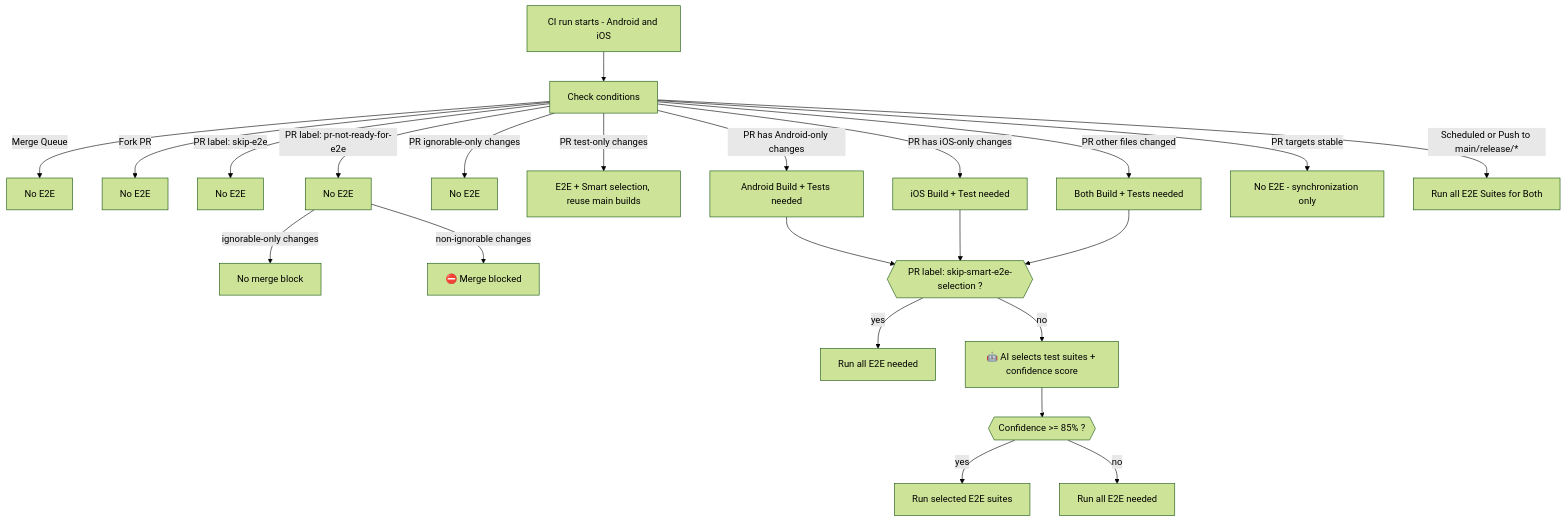
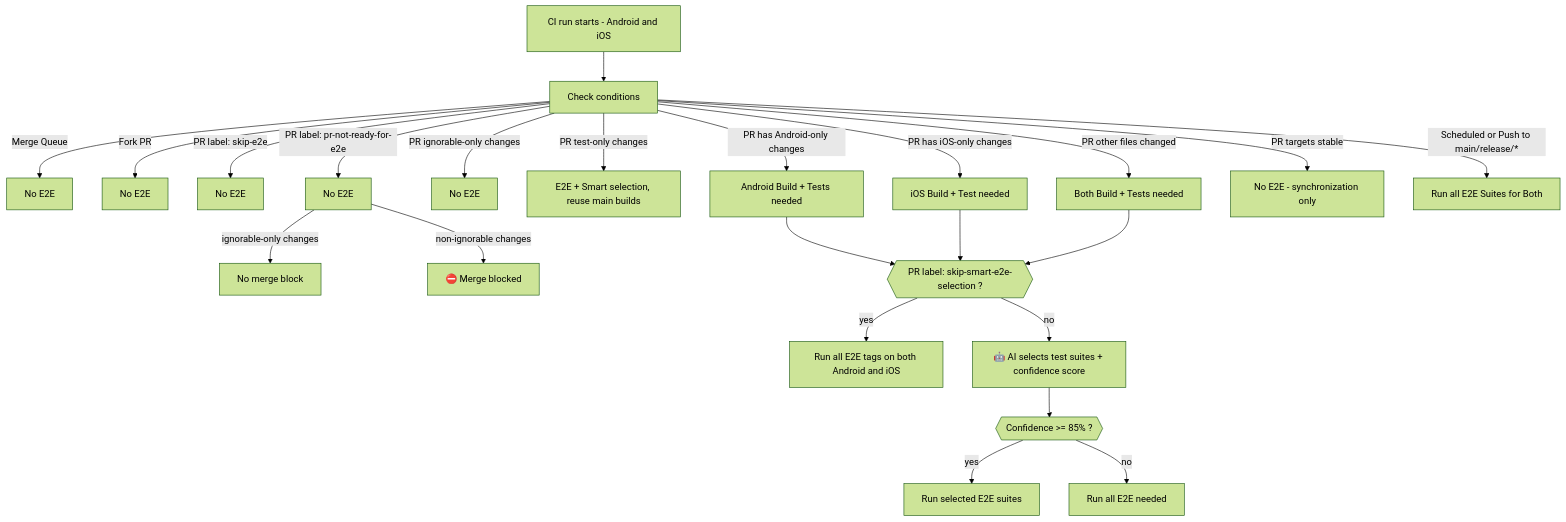
One commit to MetaMask/metamask-mobile changed the diagram in .github/guidelines/E2E_DECISION_TREE.md. Above: the diagram before and after it, drawn with Mermaid (forest theme). The commit also changed other lines of this file and 5 other files, not shown here.

First line of the commit message:
ci: run Android and iOS E2E when skip-smart-e2e-selection label is applied

````diff
--- a/.github/guidelines/E2E_DECISION_TREE.md
+++ b/.github/guidelines/E2E_DECISION_TREE.md
@@ -5,24 +5,24 @@
 ```mermaid
 flowchart TD
     CI[CI run starts - Android and iOS] --> GR[Check conditions]
     GR -->|Merge Queue | MQ[No E2E]
     GR -->|Fork PR| FK[No E2E]
     GR -->|PR label: skip-e2e| HS[No E2E]
     GR -->|PR label: pr-not-ready-for-e2e| L2[No E2E]
     L2 -->|ignorable-only changes| NoBlock[No merge block]
     L2 -->|non-ignorable changes| Skip2[⛔️ Merge blocked]
     GR -->|PR ignorable-only changes| Ignorable[No E2E]
     GR -->|PR test-only changes| TestOnly[E2E + Smart selection, reuse main builds]
     GR -->|PR has Android-only changes| Android[Android Build + Tests needed]
     GR -->|PR has iOS-only changes| iOS[iOS Build + Test needed]
     GR -->|PR other files changed| Both[Both Build + Tests needed]
     GR -->|PR targets stable| StableSync[No E2E - synchronization only]
     GR -->|Scheduled or Push to main/release/*| Full[Run all E2E Suites for Both]
 
     Android & iOS & Both --> LABEL{{PR label: skip-smart-e2e-selection ?}}
-    LABEL -->|yes| AllTags[Run all E2E needed]
+    LABEL -->|yes| AllTags[Run all E2E tags on both Android and iOS]
     LABEL -->|no| AI[🤖 AI selects test suites + confidence score]
     AI --> CONF{{Confidence >= 85% ?}}
     CONF -->|yes| SelectedTags[Run selected E2E suites]
     CONF -->|no| AllTagsFallback[Run all E2E needed]
 ```
````
